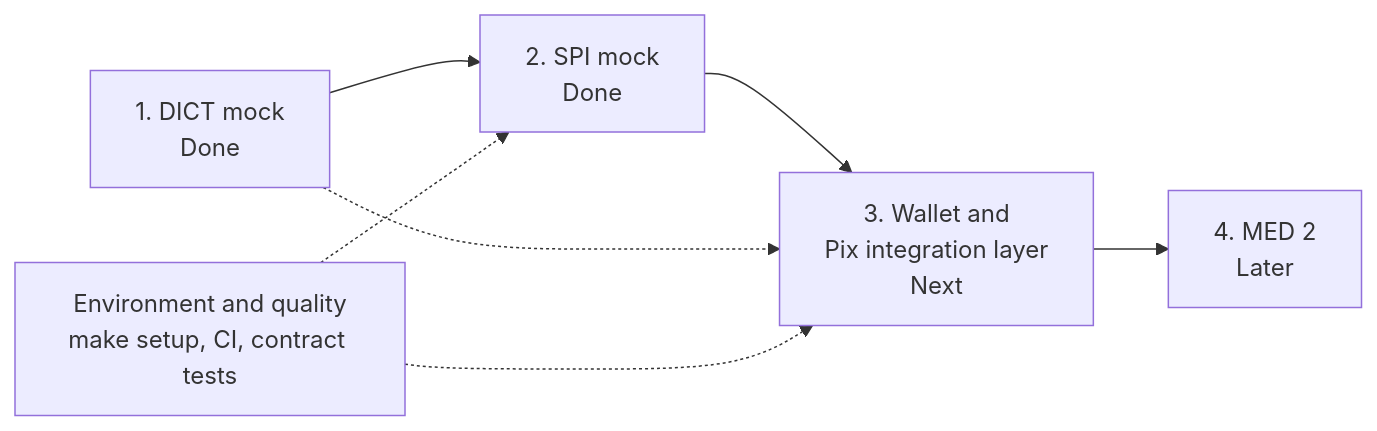
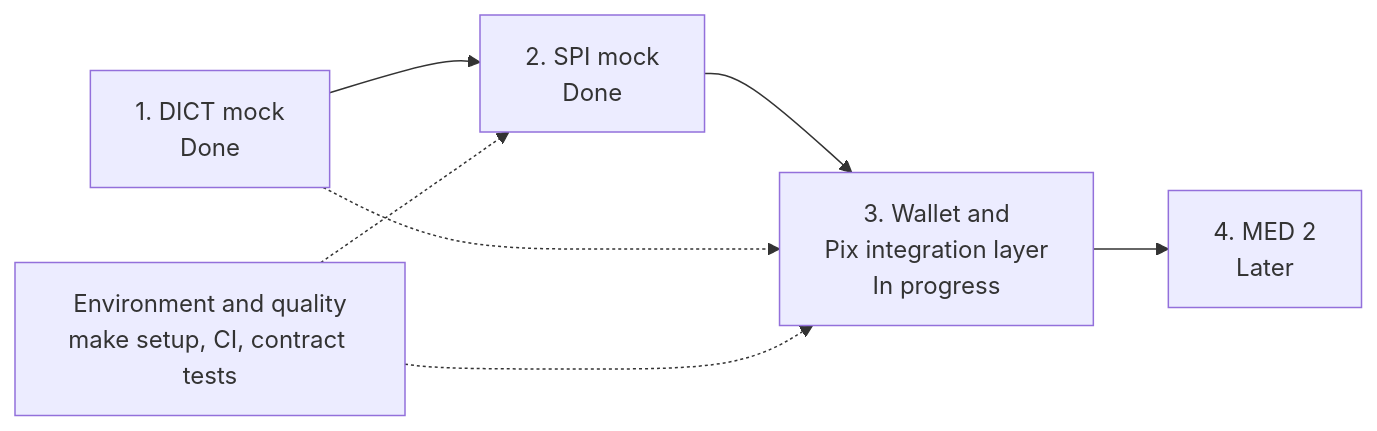
The diagram in docs/roadmap.md (piovani/pix_fake), drawn with Mermaid before and after one commit. The commit also changed other lines of this file and 12 other files, not shown here.

````diff
--- a/docs/roadmap.md
+++ b/docs/roadmap.md
@@ -11,9 +11,9 @@
 ```mermaid
 flowchart LR
     P1["1. DICT mock<br/>Done"] --> P2["2. SPI mock<br/>Done"]
-    P2 --> P3["3. Wallet and<br/>Pix integration layer<br/>Next"]
+    P2 --> P3["3. Wallet and<br/>Pix integration layer<br/>In progress"]
     P3 --> P4["4. MED 2<br/>Later"]
     P1 -.-> P3
     X["Environment and quality<br/>make setup, CI, contract tests"] -.-> P2
     X -.-> P3
 ```
````
